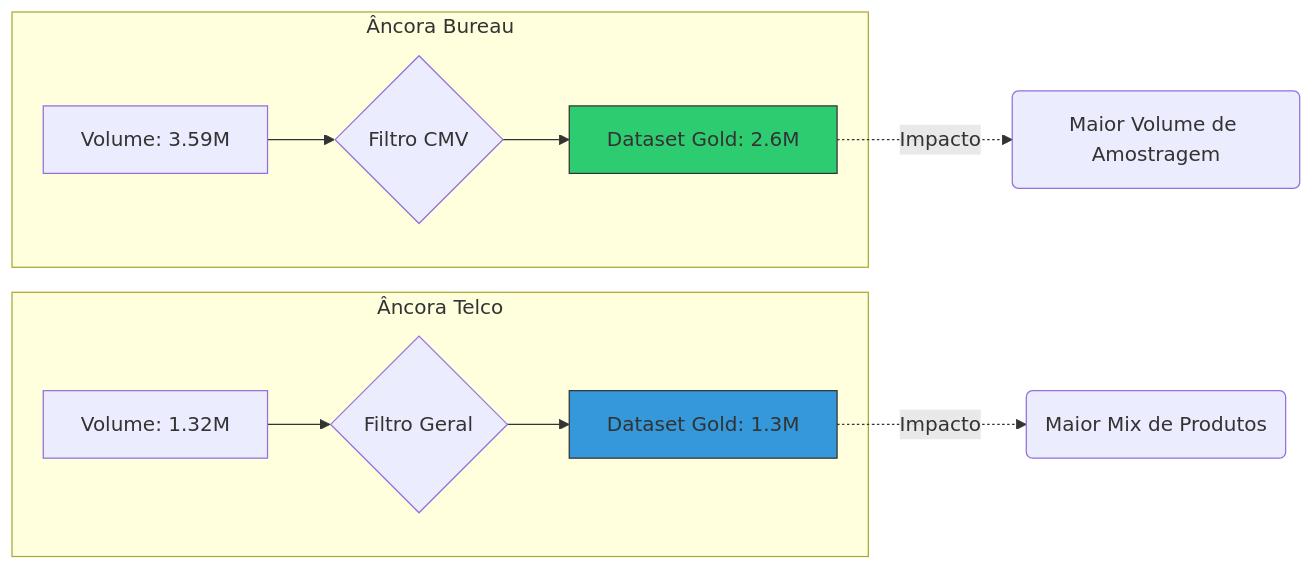
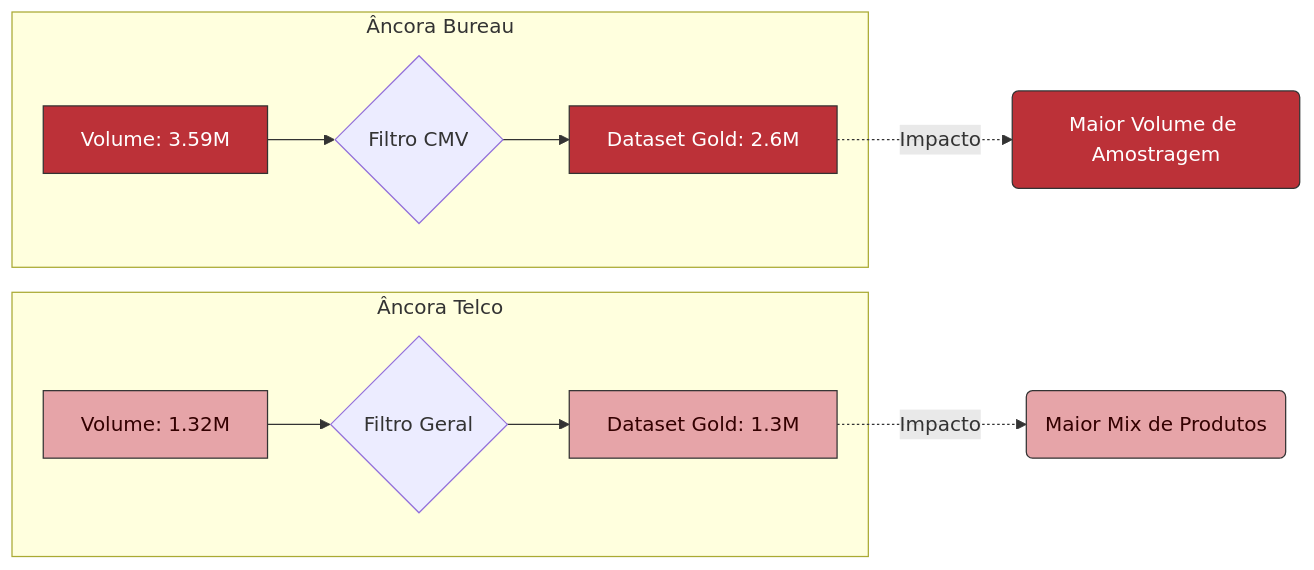
The first of 2 diagrams in docs/data_lineage/temp_entrega_process.md (rafa-trindade/hackathon-pod-squad3-core), drawn with Mermaid before and after one commit. The commit also changed other lines of this file, not shown here.

Commit message:
docs(docs): adiciona documentação temporária de processamento dos dados

````diff
--- a/docs/data_lineage/temp_entrega_process.md
+++ b/docs/data_lineage/temp_entrega_process.md
@@ -204,18 +204,23 @@
 ```mermaid
 graph LR
     subgraph Estrategia_CMV [Âncora Bureau]
         A[Volume: 3.59M] --> B{Filtro CMV}
         B --> C[Dataset Gold: 2.6M]
     end
 
     subgraph Baseline_Geral [Âncora Telco]
         D[Volume: 1.32M] --> E{Filtro Geral}
         E --> F[Dataset Gold: 1.3M]
     end
 
     C -.->|Impacto| G(Maior Volume de Amostragem)
     F -.->|Impacto| H(Maior Mix de Produtos)
 
-    style C fill:#2ecc71,stroke:#333
-    style F fill:#3498db,stroke:#333
+    %% Estilização baseada no tom #BC3138
+    style C fill:#BC3138,stroke:#333,color:#fff
+    style A fill:#BC3138,stroke:#333,color:#fff
+    style G fill:#BC3138,stroke:#333,color:#fff
+    style F fill:#E6A4A8,stroke:#333,color:#330000
+    style H fill:#E6A4A8,stroke:#333,color:#330000
+    style D fill:#E6A4A8,stroke:#333,color:#330000
 ```
````
